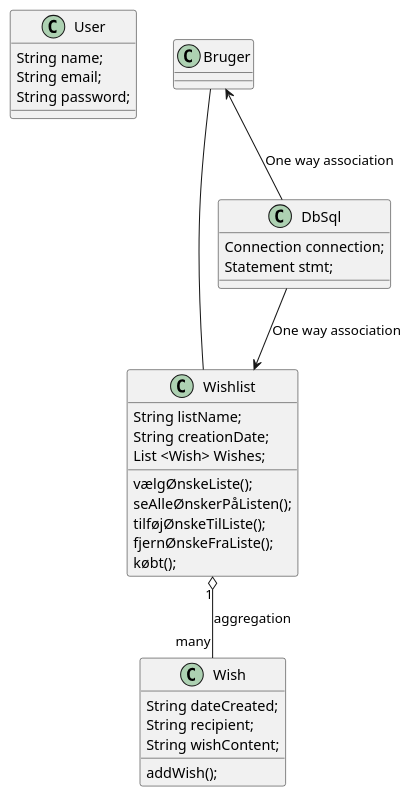
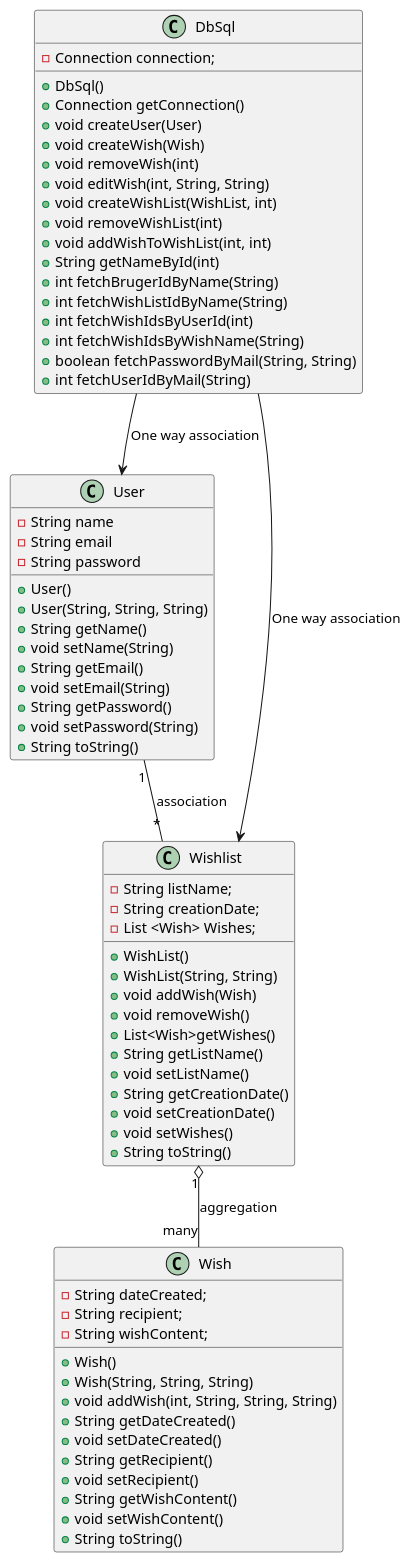
One commit to Emilkroldrup/1SemesterProject changed the diagram in src/main/resources/ClassDiagram.puml. Above: the diagram before and after it, drawn with PlantUML. The commit also changed 4 other files, not shown here.

```diff
--- a/src/main/resources/ClassDiagram.puml
+++ b/src/main/resources/ClassDiagram.puml
@@ -2,37 +1,78 @@
 @startuml
 'https://plantuml.com/class-diagram
 
 class User {
-   String name;
-   String email;
-   String password;
+   - String name
+   - String email
+   - String password
+   + User()
+   + User(String, String, String)
+   + String getName()
+   + void setName(String)
+   + String getEmail()
+   + void setEmail(String)
+   + String getPassword()
+   + void setPassword(String)
+   + String toString()
 
 }
 class Wish {
-   String dateCreated;
-   String recipient;
-   String wishContent;
+   - String dateCreated;
+   - String recipient;
+   - String wishContent;
+   + Wish()
+   + Wish(String, String, String)
+   + void addWish(int, String, String, String)
+   + String getDateCreated()
+   + void setDateCreated()
+   + String getRecipient()
+   + void setRecipient()
+   + String getWishContent()
+   + void setWishContent()
+   + String toString()
 
-   addWish();
 }
 class Wishlist {
-    String listName;
-    String creationDate;
-    List <Wish> Wishes;
+    - String listName;
+    - String creationDate;
+    - List <Wish> Wishes;
+    + WishList()
+    + WishList(String, String)
+    + void addWish(Wish)
+    + void removeWish()
+    + List<Wish>getWishes()
+    + String getListName()
+    + void setListName()
+    + String getCreationDate()
+    + void setCreationDate()
+    + void setWishes()
+    + String toString()
 
-    vælgØnskeListe();
-    seAlleØnskerPåListen();
-    tilføjØnskeTilListe();
-    fjernØnskeFraListe();
-    købt();
 }
 class DbSql {
-    Connection connection;
-    Statement stmt;
+    - Connection connection;
+    + DbSql()
+    + Connection getConnection()
+    + void createUser(User)
+    + void createWish(Wish)
+    + void removeWish(int)
+    + void editWish(int, String, String)
+    + void createWishList(WishList, int)
+    + void removeWishList(int)
+    + void addWishToWishList(int, int)
+    + String getNameById(int)
+    + int fetchBrugerIdByName(String)
+    + int fetchWishListIdByName(String)
+    + int fetchWishIdsByUserId(int)
+    + int fetchWishIdsByWishName(String)
+    + boolean fetchPasswordByMail(String, String)
+    + int fetchUserIdByMail(String)
+
 }
+
 Wishlist "1" o-- "many" Wish : aggregation
-   DbSql --> Wishlist : One way association
-   Bruger <-- DbSql : One way association
-   Bruger -- Wishlist
+DbSql --> Wishlist : One way association
+DbSql --> User : One way association
+User "1" -- "*" Wishlist : association
 
 @enduml
```
